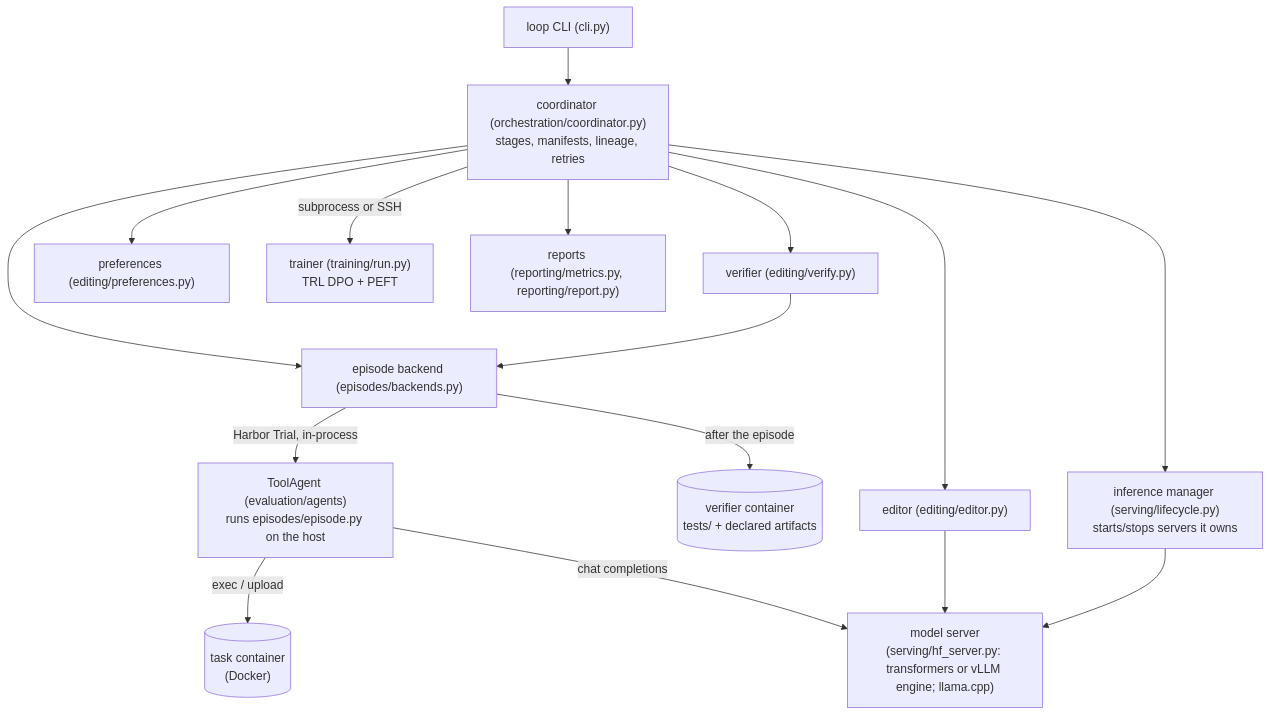
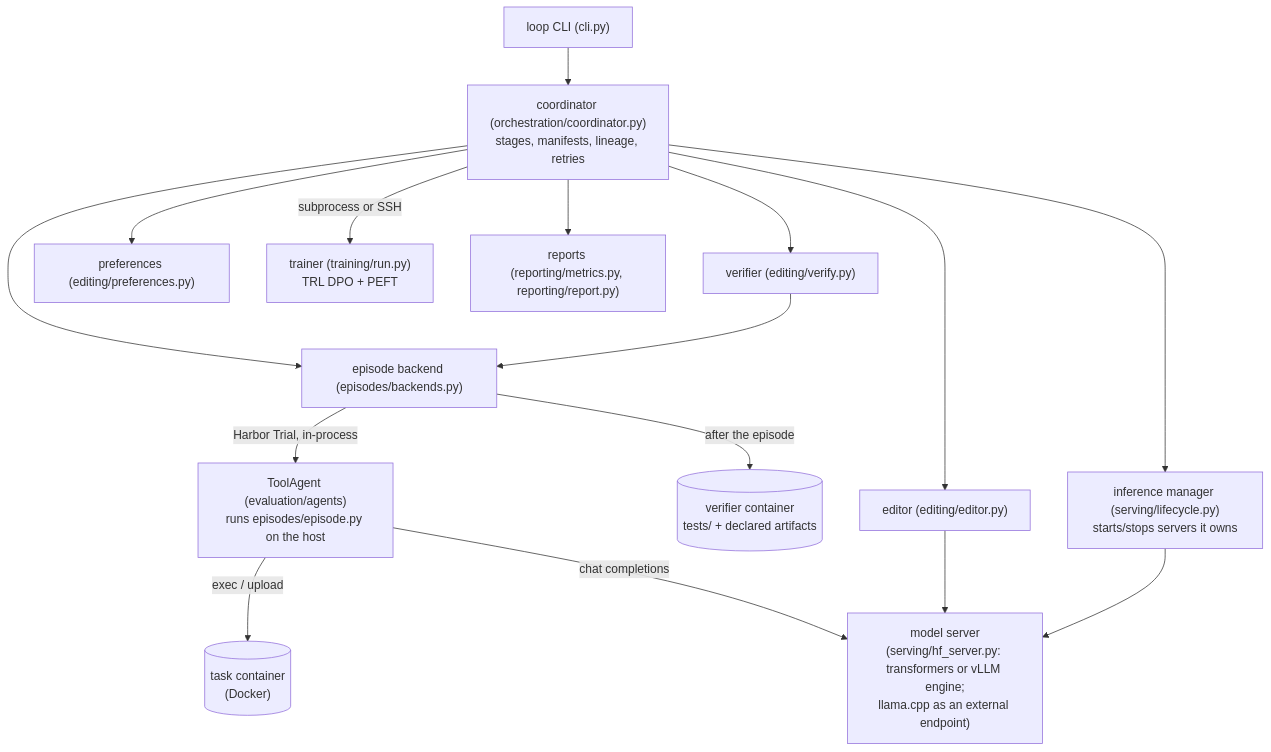
The second of 3 diagrams in docs/architecture.md (thomas-lane/learning-loop), drawn with Mermaid before and after one commit. The commit also changed other lines of this file and 11 other files, not shown here.

````diff
--- a/docs/architecture.md
+++ b/docs/architecture.md
@@ -33,15 +37,15 @@
 ```mermaid
 flowchart TB
     CLI["loop CLI (cli.py)"] --> CO["coordinator (orchestration/coordinator.py)<br/>stages, manifests, lineage, retries"]
     CO --> BE["episode backend (episodes/backends.py)"]
     BE -->|Harbor Trial, in-process| AG["ToolAgent (evaluation/agents)<br/>runs episodes/episode.py on the host"]
     AG -->|exec / upload| TC[("task container<br/>(Docker)")]
-    AG -->|chat completions| SRV["model server<br/>(serving/hf_server.py: transformers or vLLM engine; llama.cpp)"]
+    AG -->|chat completions| SRV["model server<br/>(serving/hf_server.py: transformers or vLLM engine;<br/>llama.cpp as an external endpoint)"]
     BE -->|after the episode| VC[("verifier container<br/>tests/ + declared artifacts")]
     CO --> EDT["editor (editing/editor.py)"] --> SRV
     CO --> VER["verifier (editing/verify.py)"] --> BE
     CO --> PR["preferences (editing/preferences.py)"]
     CO -->|subprocess or SSH| TR["trainer (training/run.py)<br/>TRL DPO + PEFT"]
     CO --> INF["inference manager (serving/lifecycle.py)<br/>starts/stops servers it owns"] --> SRV
     CO --> REP["reports (reporting/metrics.py, reporting/report.py)"]
 ```
````
